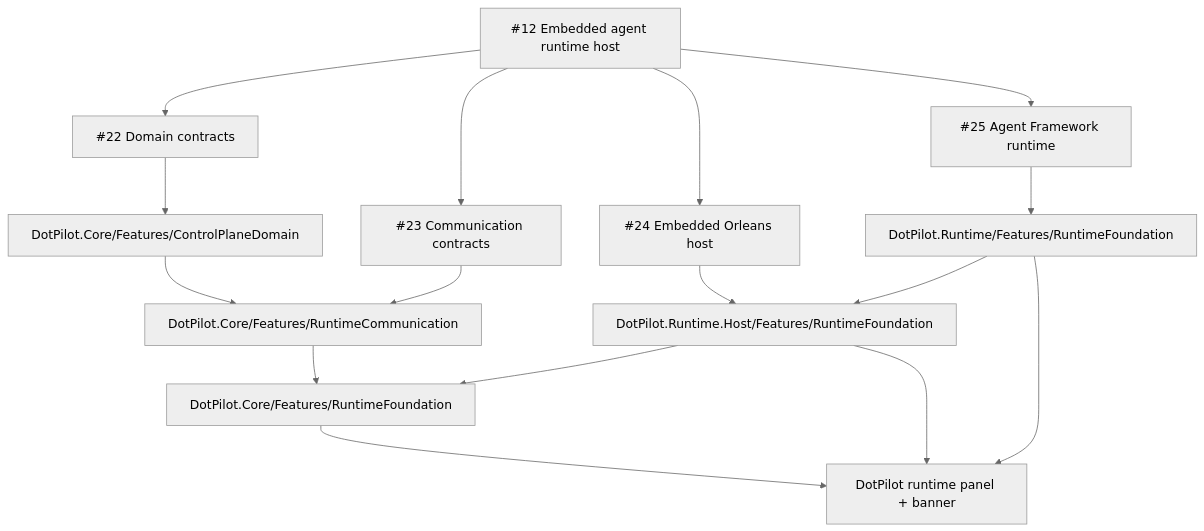
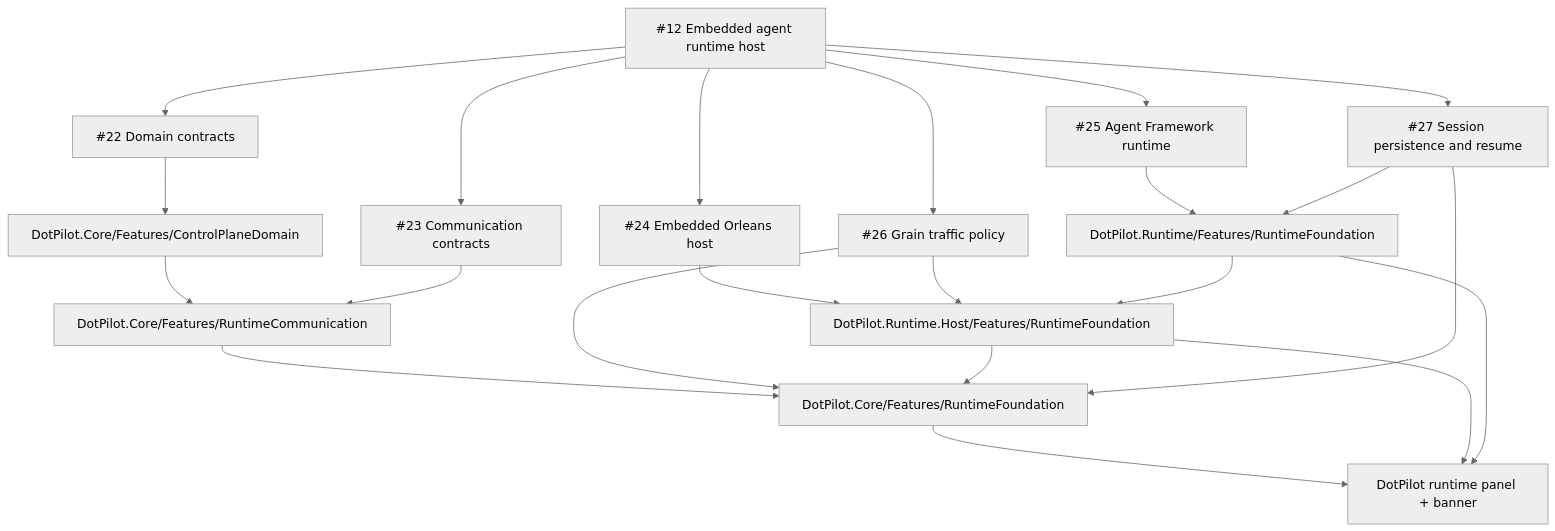
Before and after one commit to managedcode/dotPilot: the fourth of 5 diagrams in docs/Architecture.md, drawn with Mermaid (neutral theme). The commit also changed other lines of this file and 27 other files, not shown here.

Commit message:
Implement embedded runtime epic

````diff
--- a/docs/Architecture.md
+++ b/docs/Architecture.md
@@ -133,30 +133,38 @@
 ```mermaid
 flowchart TD
   Epic["#12 Embedded agent runtime host"]
   Domain["#22 Domain contracts"]
   Comm["#23 Communication contracts"]
   Host["#24 Embedded Orleans host"]
   MAF["#25 Agent Framework runtime"]
+  Policy["#26 Grain traffic policy"]
+  Sessions["#27 Session persistence and resume"]
   DomainSlice["DotPilot.Core/Features/ControlPlaneDomain"]
   CommunicationSlice["DotPilot.Core/Features/RuntimeCommunication"]
   CoreSlice["DotPilot.Core/Features/RuntimeFoundation"]
   RuntimeSlice["DotPilot.Runtime/Features/RuntimeFoundation"]
   HostSlice["DotPilot.Runtime.Host/Features/RuntimeFoundation"]
   UiSlice["DotPilot runtime panel + banner"]
 
   Epic --> Domain
   Epic --> Comm
   Epic --> Host
   Epic --> MAF
+  Epic --> Policy
+  Epic --> Sessions
   Domain --> DomainSlice
   DomainSlice --> CommunicationSlice
   CommunicationSlice --> CoreSlice
   Comm --> CommunicationSlice
   Host --> HostSlice
+  Policy --> HostSlice
+  Policy --> CoreSlice
   HostSlice --> CoreSlice
   MAF --> RuntimeSlice
+  Sessions --> RuntimeSlice
+  Sessions --> CoreSlice
   RuntimeSlice --> HostSlice
   CoreSlice --> UiSlice
   HostSlice --> UiSlice
   RuntimeSlice --> UiSlice
 ```
````
